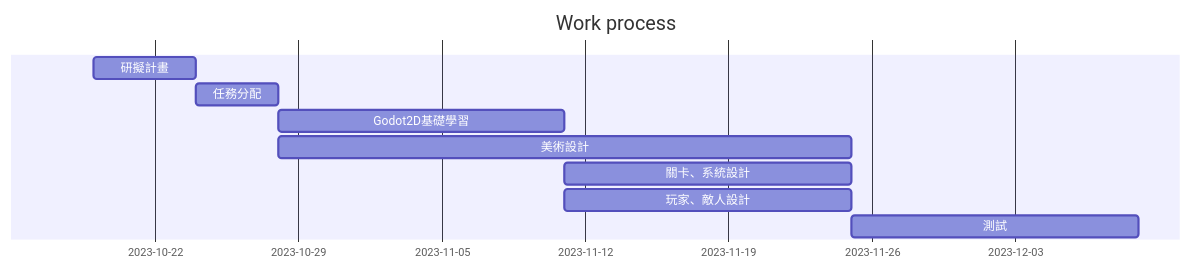
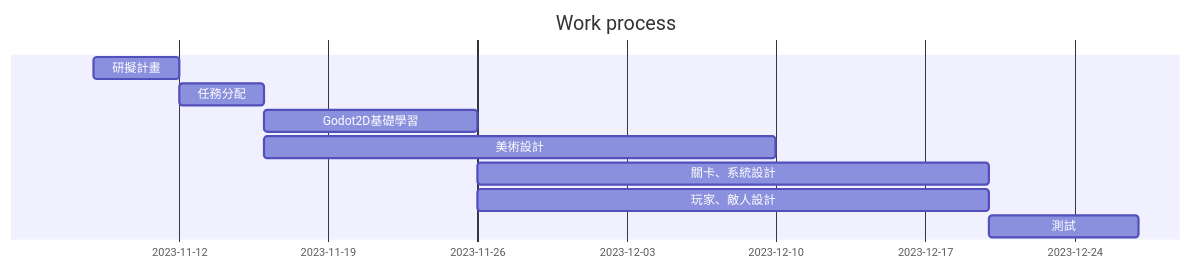
The diagram in README.md (LearnLa/class_seven), drawn with Mermaid before and after one commit.

````diff
--- a/README.md
+++ b/README.md
@@ -46,11 +46,11 @@
 ```mermaid
 gantt
     title Work process
-    研擬計畫:a1, 2023-10-19, 5d
+    研擬計畫:a1, 2023-11-08, 4d
     任務分配:a2, after a1, 4d
-    Godot2D基礎學習:a3, after a2, 14d
-    美術設計:a4, after a2, 28d
-    關卡、系統設計:a5, after a3, 14d
-    玩家、敵人設計:a6, after a3, 14d
-    測試:a7, after a5 & a6, 14d
+    Godot2D基礎學習:a3, after a2, 10d
+    美術設計:a4, after a2, 24d
+    關卡、系統設計:a5, after a3, 24d
+    玩家、敵人設計:a6, after a3, 24d
+    測試:a7, after a5 & a6, 7d
 ```
````
